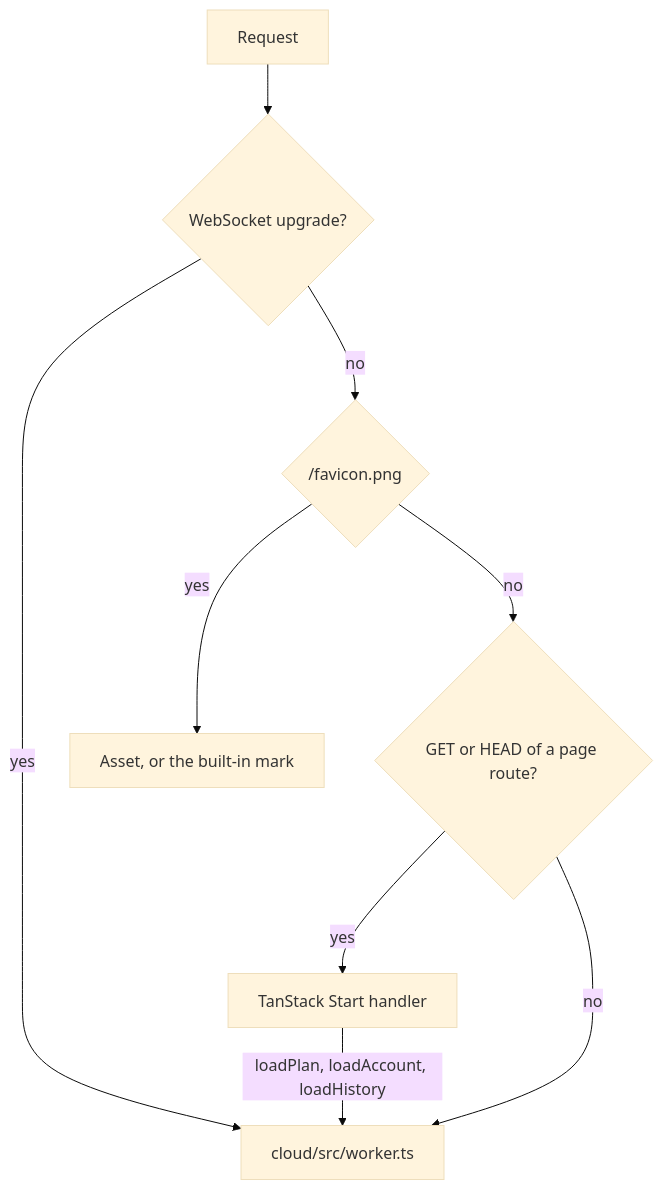
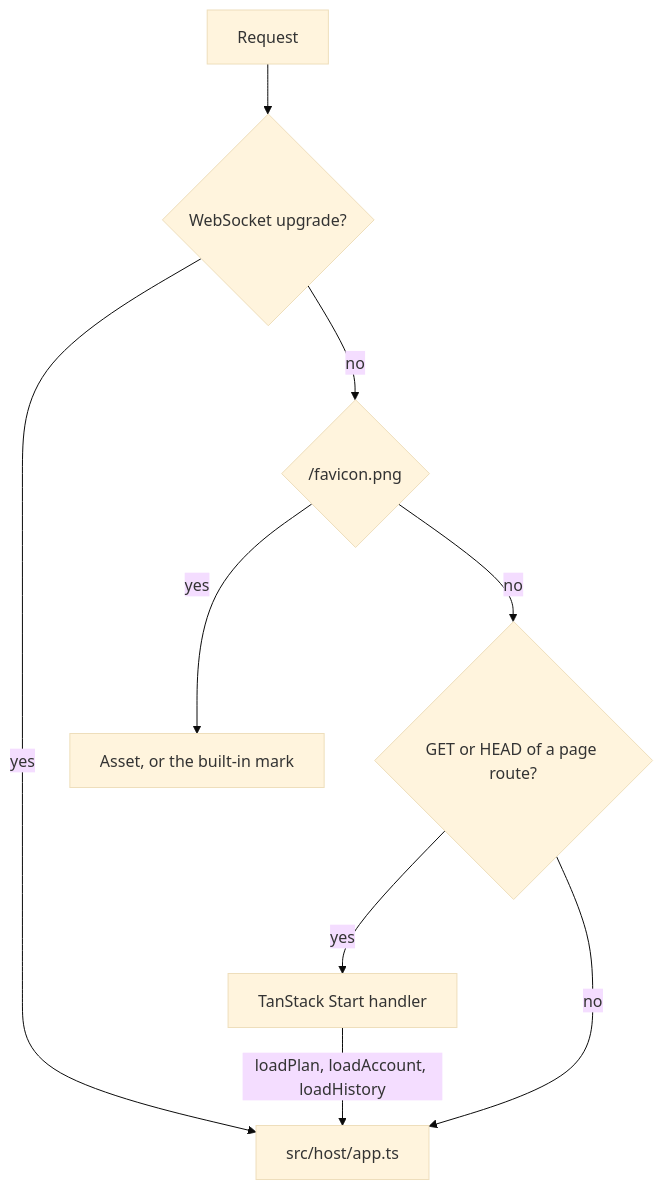
The second of 10 diagrams in docs/architecture/README.md (marco-calderon/visual-living-plan), drawn with Mermaid (base theme) before and after one commit. The commit also changed other lines of this file and 52 other files, not shown here.

````diff
--- a/docs/architecture/README.md
+++ b/docs/architecture/README.md
@@ -51,11 +51,11 @@
 ```mermaid
 flowchart TD
   Req["Request"] --> Upgrade{"WebSocket upgrade?"}
-  Upgrade -->|yes| Worker["cloud/src/worker.ts"]
+  Upgrade -->|yes| Worker["src/host/app.ts"]
   Upgrade -->|no| Favicon{"/favicon.png"}
   Favicon -->|yes| Icon["Asset, or the built-in mark"]
   Favicon -->|no| Page{"GET or HEAD of a page route?"}
   Page -->|yes| Start["TanStack Start handler"]
   Page -->|no| Worker
   Start -->|"loadPlan, loadAccount, loadHistory"| Worker
 ```
````
